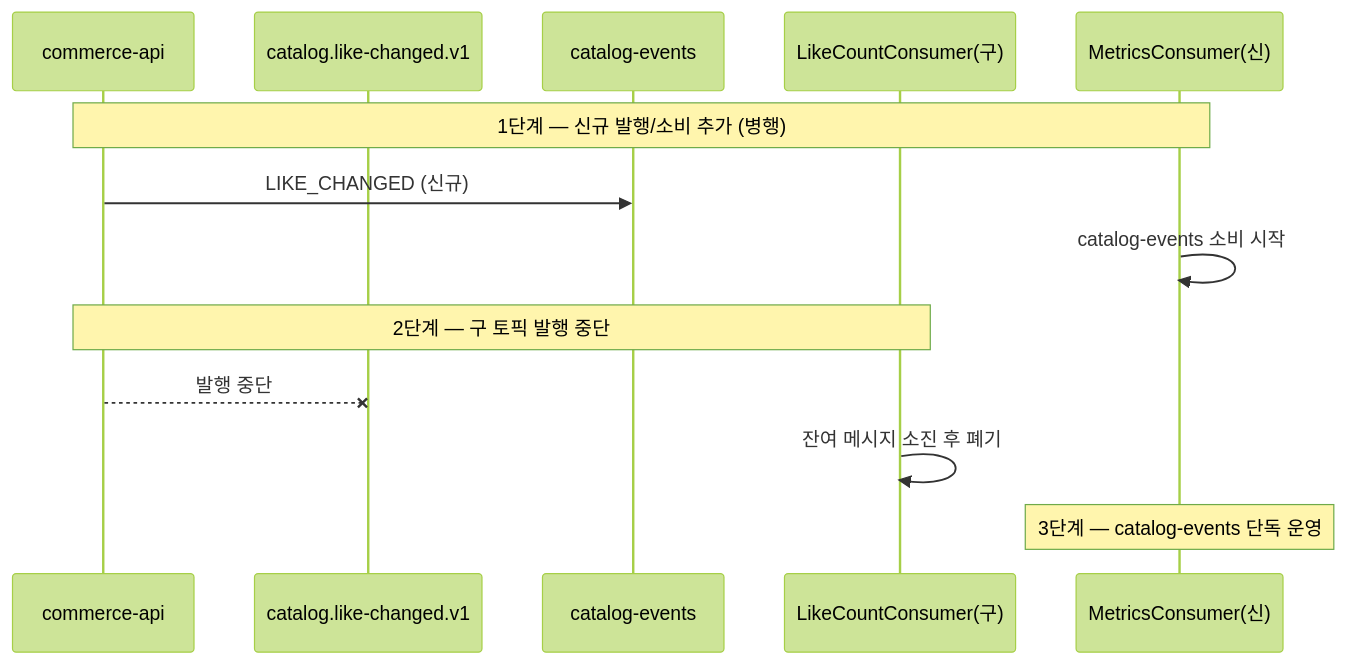
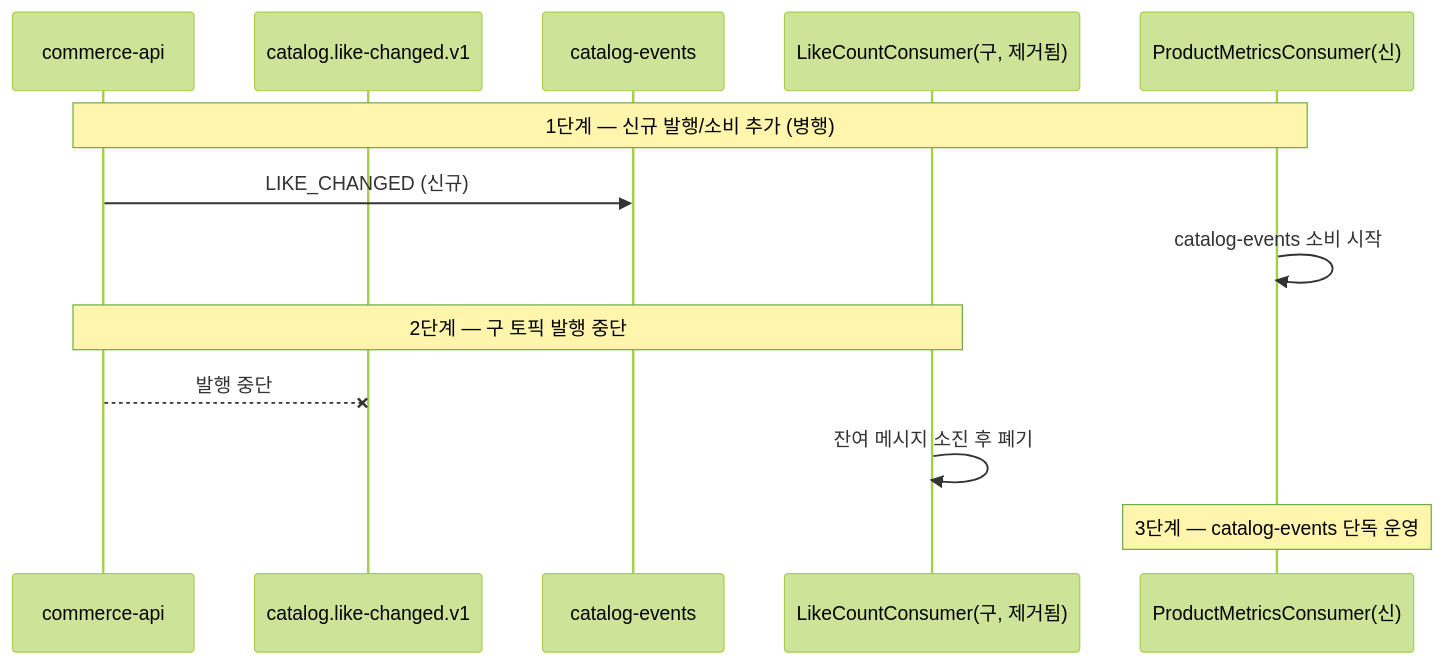
Before and after one commit to gamewithfriend/loop-pack-be-l2-vol4-java: the tenth of 10 diagrams in docs/week7/02-sequence-diagrams.md, drawn with Mermaid (forest theme). The commit also changed other lines of this file and 1 other file, not shown here.

First line of the commit message:
docs(week7): 요구사항·시퀀스 다이어그램을 현재 구현에 동기화

````diff
--- a/docs/week7/02-sequence-diagrams.md
+++ b/docs/week7/02-sequence-diagrams.md
@@ -292,16 +294,16 @@
 ```mermaid
 sequenceDiagram
     participant API as commerce-api
     participant Old as catalog.like-changed.v1
     participant New as catalog-events
-    participant SOld as LikeCountConsumer(구)
-    participant SNew as MetricsConsumer(신)
+    participant SOld as LikeCountConsumer(구, 제거됨)
+    participant SNew as ProductMetricsConsumer(신)
 
     note over API,SNew: 1단계 — 신규 발행/소비 추가 (병행)
     API->>New: LIKE_CHANGED (신규)
     SNew->>SNew: catalog-events 소비 시작
     note over API,SOld: 2단계 — 구 토픽 발행 중단
     API--xOld: 발행 중단
     SOld->>SOld: 잔여 메시지 소진 후 폐기
     note over SNew: 3단계 — catalog-events 단독 운영
 ```
````
